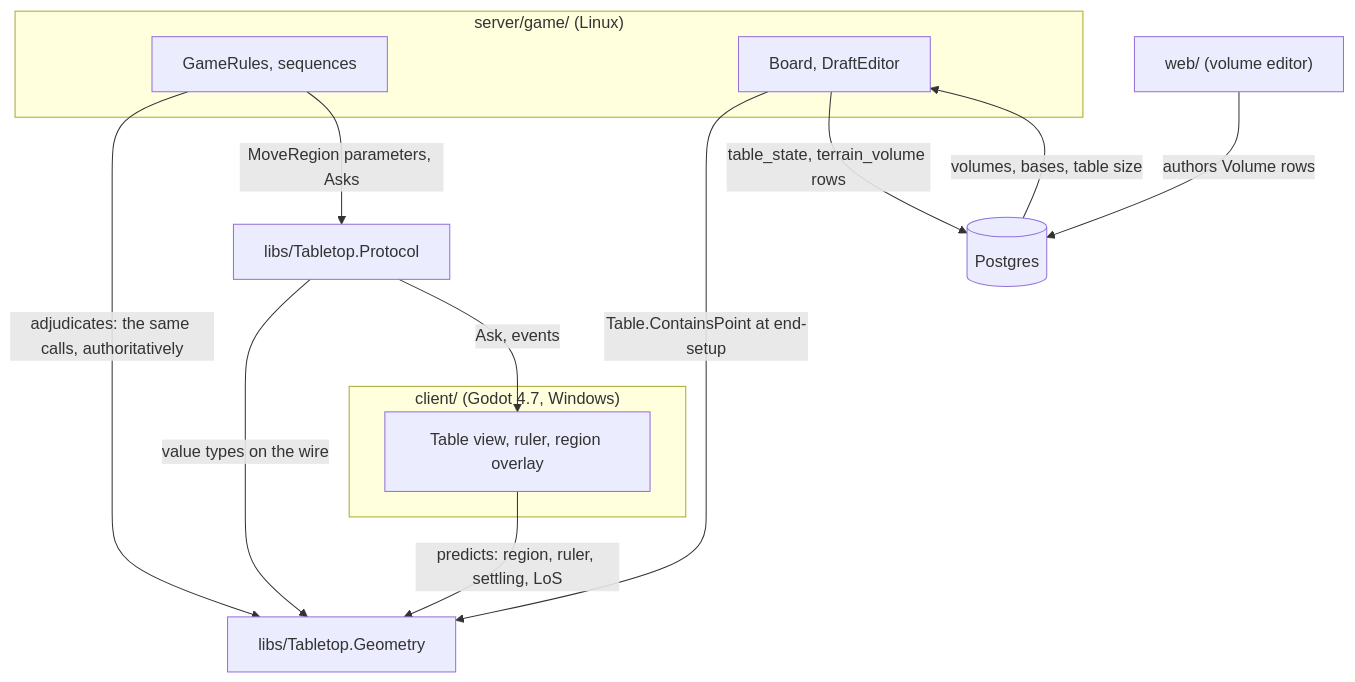
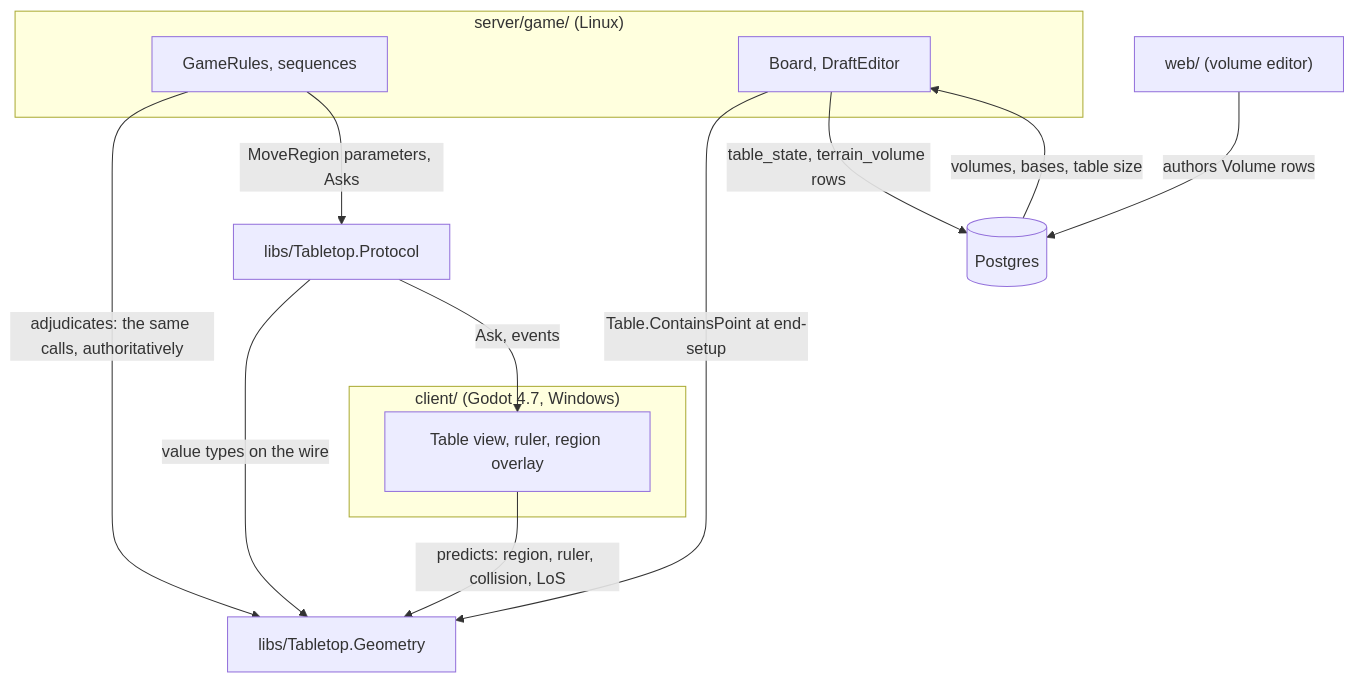
The first of 12 diagrams in docs/design/geometry/design.md (cstupi/tabletop), drawn with Mermaid before and after one commit. The commit also changed other lines of this file and 17 other files, not shown here.

````diff
--- a/docs/design/geometry/design.md
+++ b/docs/design/geometry/design.md
@@ -71,24 +70,24 @@
 ```mermaid
 flowchart TD
     subgraph client["client/ (Godot 4.7, Windows)"]
         TV["Table view, ruler, region overlay"]
     end
     subgraph gs["server/game/ (Linux)"]
         GR["GameRules, sequences"]
         BD["Board, DraftEditor"]
     end
     GEO["libs/Tabletop.Geometry"]
     PROTO["libs/Tabletop.Protocol"]
     PG[("Postgres")]
     WEB["web/ (volume editor)"]
 
-    TV -->|"predicts: region, ruler, settling, LoS"| GEO
+    TV -->|"predicts: region, ruler, collision, LoS"| GEO
     GR -->|"adjudicates: the same calls, authoritatively"| GEO
     BD -->|"Table.ContainsPoint at end-setup"| GEO
     PROTO -->|"value types on the wire"| GEO
     GR -->|"MoveRegion parameters, Asks"| PROTO
     PROTO -->|"Ask, events"| TV
     BD -->|"table_state, terrain_volume rows"| PG
     WEB -->|"authors Volume rows"| PG
     PG -->|"volumes, bases, table size"| BD
 ```
````
